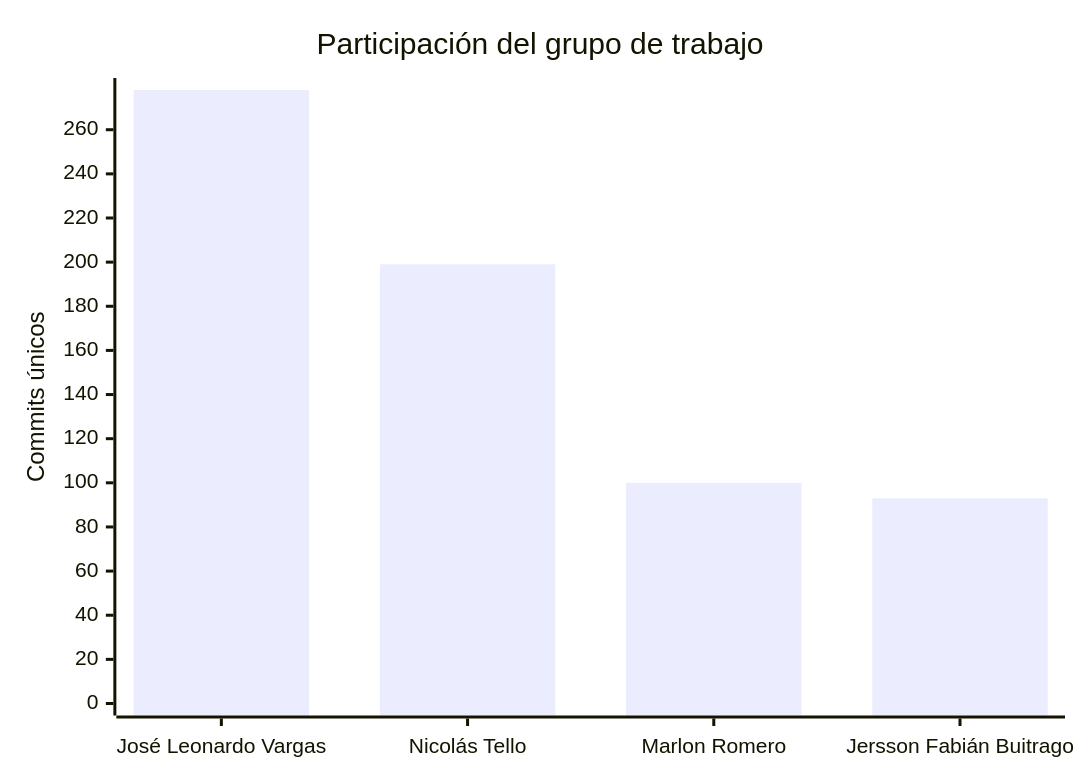
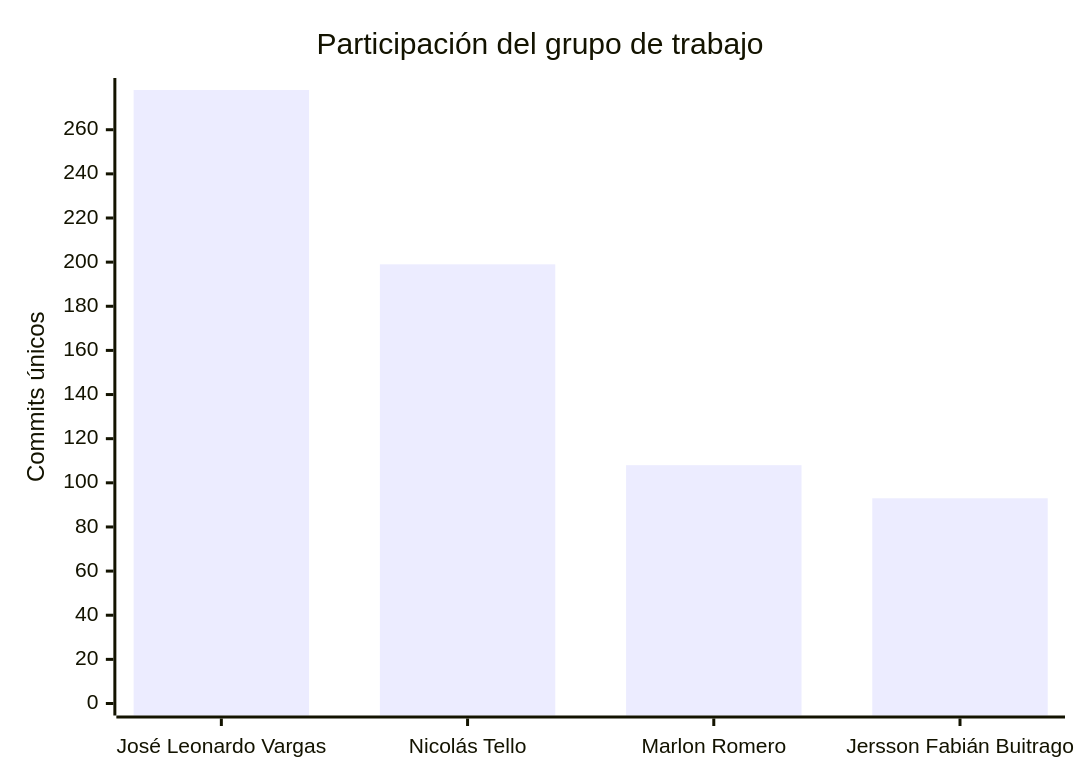
The second of 2 diagrams in README.md (FarmaExpres/FarmaExpres), drawn with Mermaid before and after one commit. The commit also changed other lines of this file and 1 other file, not shown here.

````diff
--- a/README.md
+++ b/README.md
@@ -403,7 +403,7 @@
 ```mermaid
 xychart-beta
     title "Participación del grupo de trabajo"
     x-axis ["José Leonardo Vargas", "Nicolás Tello", "Marlon Romero", "Jersson Fabián Buitrago"]
     y-axis "Commits únicos" 0 --> 278
-    bar [278, 199, 100, 93]
+    bar [278, 199, 108, 93]
 ```
````
